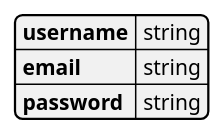
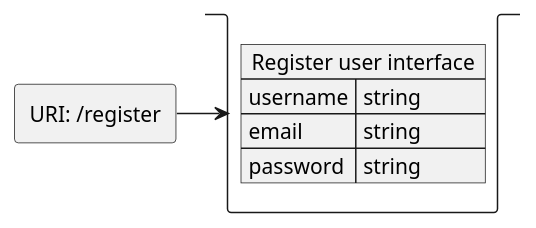
The diagram in docs/JSON Contracts/Requests/RegisterUser.puml (JKMN-Projects/TeamTactics), drawn with PlantUML before and after one commit. The commit also changed 4 other files, not shown here.

```diff
--- a/docs/JSON Contracts/Requests/RegisterUser.puml
+++ b/docs/JSON Contracts/Requests/RegisterUser.puml
@@ -1,9 +1,14 @@
-@startjson Register User Request
+@startuml Register user request
+allowmixing
 
-{
-  "username": "string",
-  "email": "string",
-  "password": "string"
+agent "URI: /register"
+stack {
+  json "Register user interface" as J {
+    "username": "string",
+    "email": "string",
+    "password": "string"
+  }
 }
 
-@endjson
+"URI: /register" -> J 
+@enduml
```
